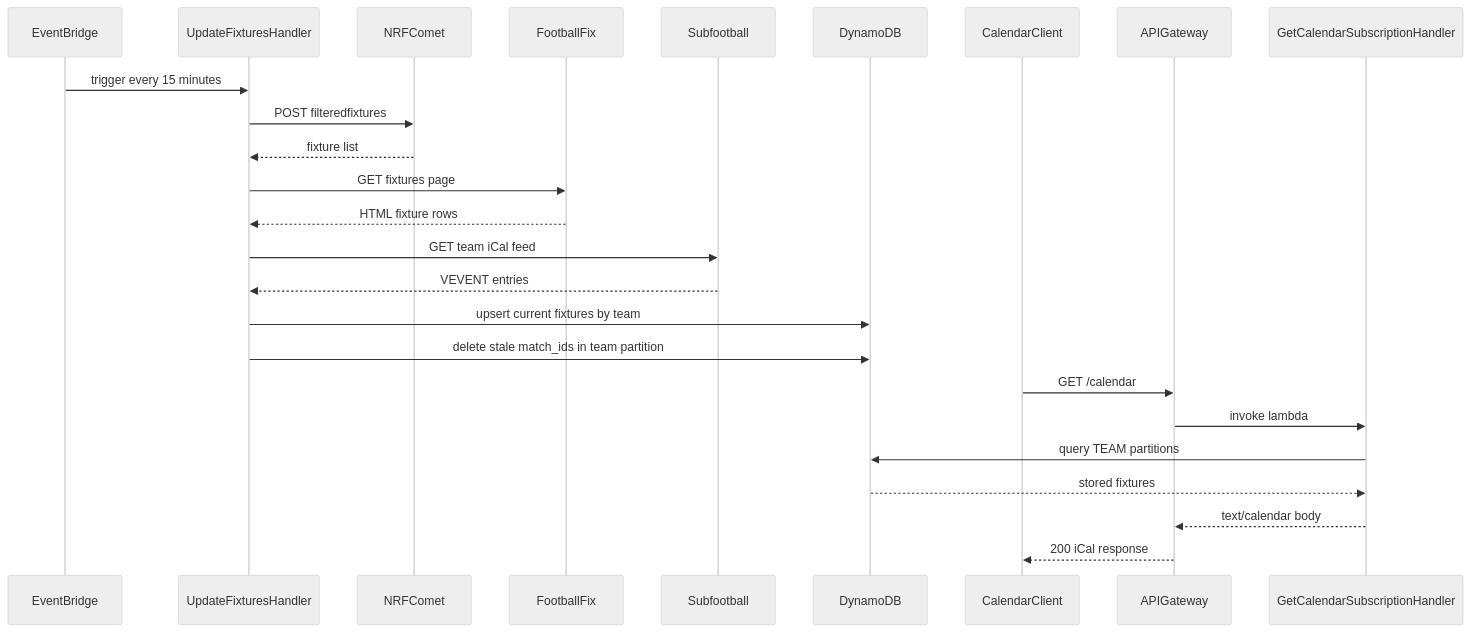
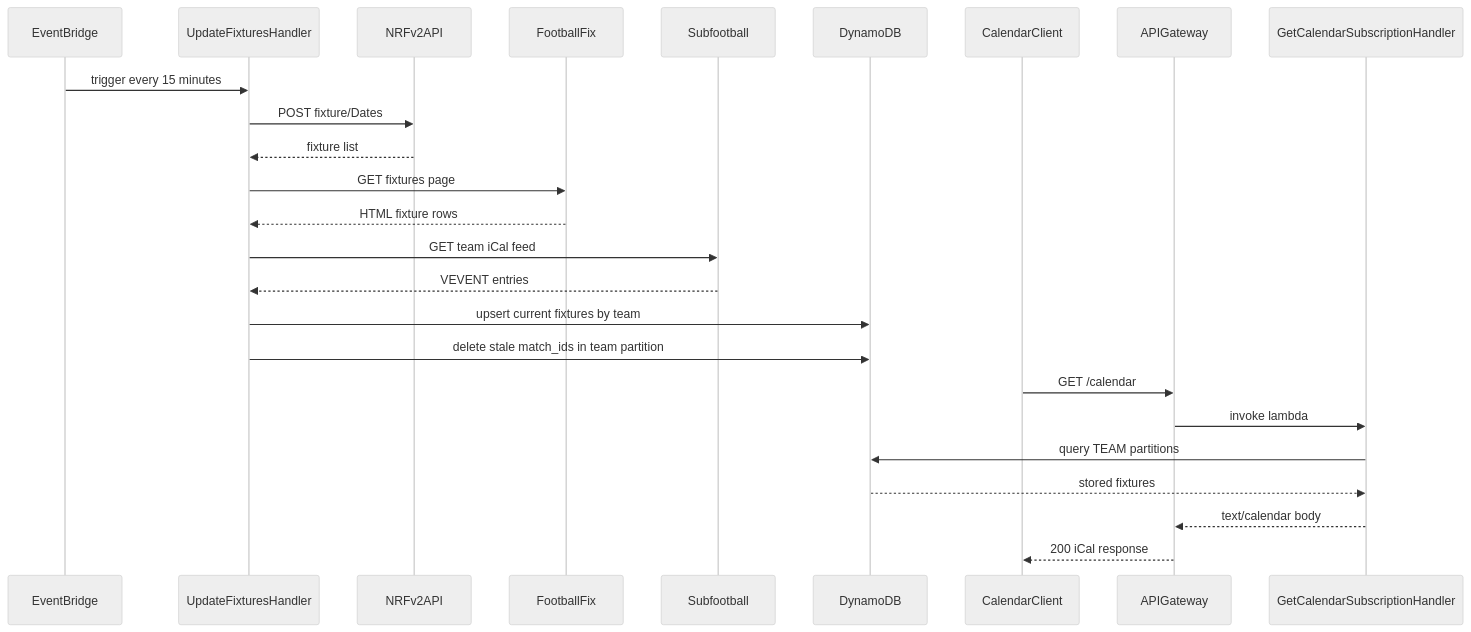
One commit to jordansimsmith/jordansimsmith-com changed the second of 2 diagrams in football_calendar_api/README.md. Above: the diagram before and after it, drawn with Mermaid (neutral theme). The commit also changed other lines of this file and 22 other files, not shown here.

First line of the commit message:
Migrate football calendar NRF integration from Comet API to v2 API

````diff
--- a/football_calendar_api/README.md
+++ b/football_calendar_api/README.md
@@ -57,28 +57,28 @@
 ```mermaid
 sequenceDiagram
   participant Scheduler as EventBridge
   participant Update as UpdateFixturesHandler
-  participant Comet as NRFComet
+  participant NRF as NRFv2API
   participant Fix as FootballFix
   participant Sub as Subfootball
   participant Ddb as DynamoDB
   participant Client as CalendarClient
   participant Api as APIGateway
   participant Get as GetCalendarSubscriptionHandler
 
   Scheduler->>Update: trigger every 15 minutes
-  Update->>Comet: POST filteredfixtures
-  Comet-->>Update: fixture list
+  Update->>NRF: POST fixture/Dates
+  NRF-->>Update: fixture list
   Update->>Fix: GET fixtures page
   Fix-->>Update: HTML fixture rows
   Update->>Sub: GET team iCal feed
   Sub-->>Update: VEVENT entries
   Update->>Ddb: upsert current fixtures by team
   Update->>Ddb: delete stale match_ids in team partition
   Client->>Api: GET /calendar
   Api->>Get: invoke lambda
   Get->>Ddb: query TEAM partitions
   Ddb-->>Get: stored fixtures
   Get-->>Api: text/calendar body
   Api-->>Client: 200 iCal response
 ```
````
